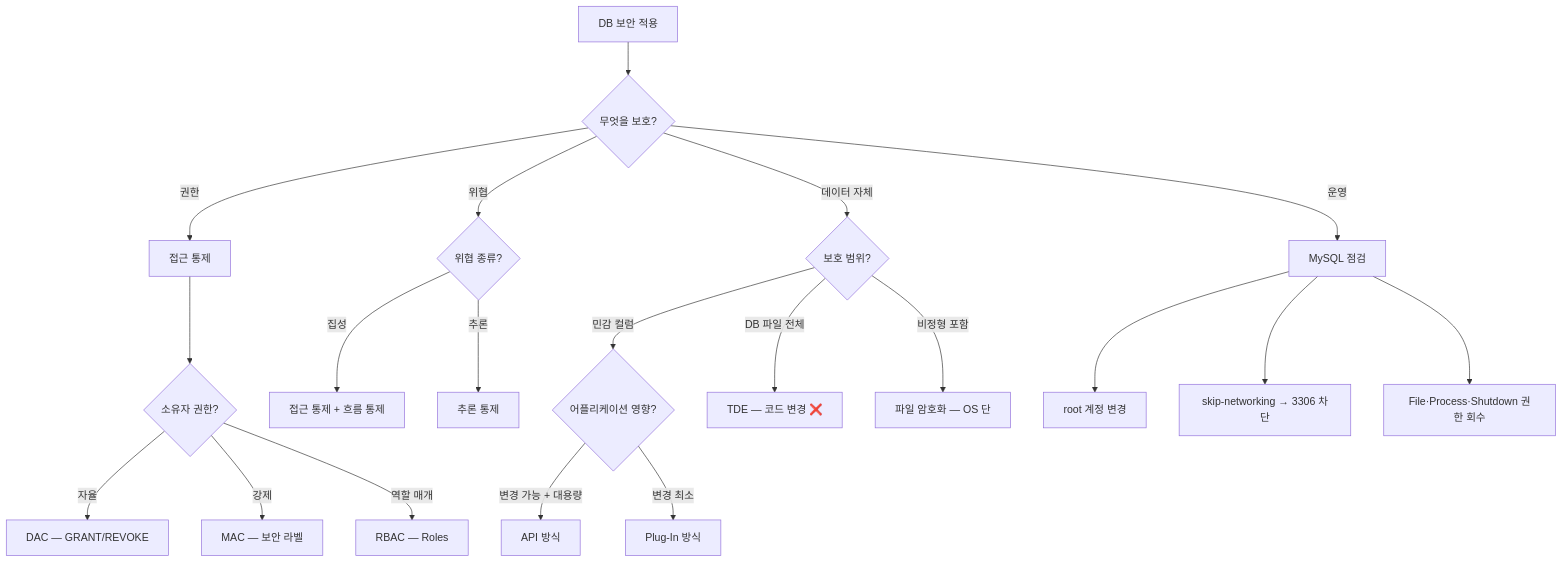
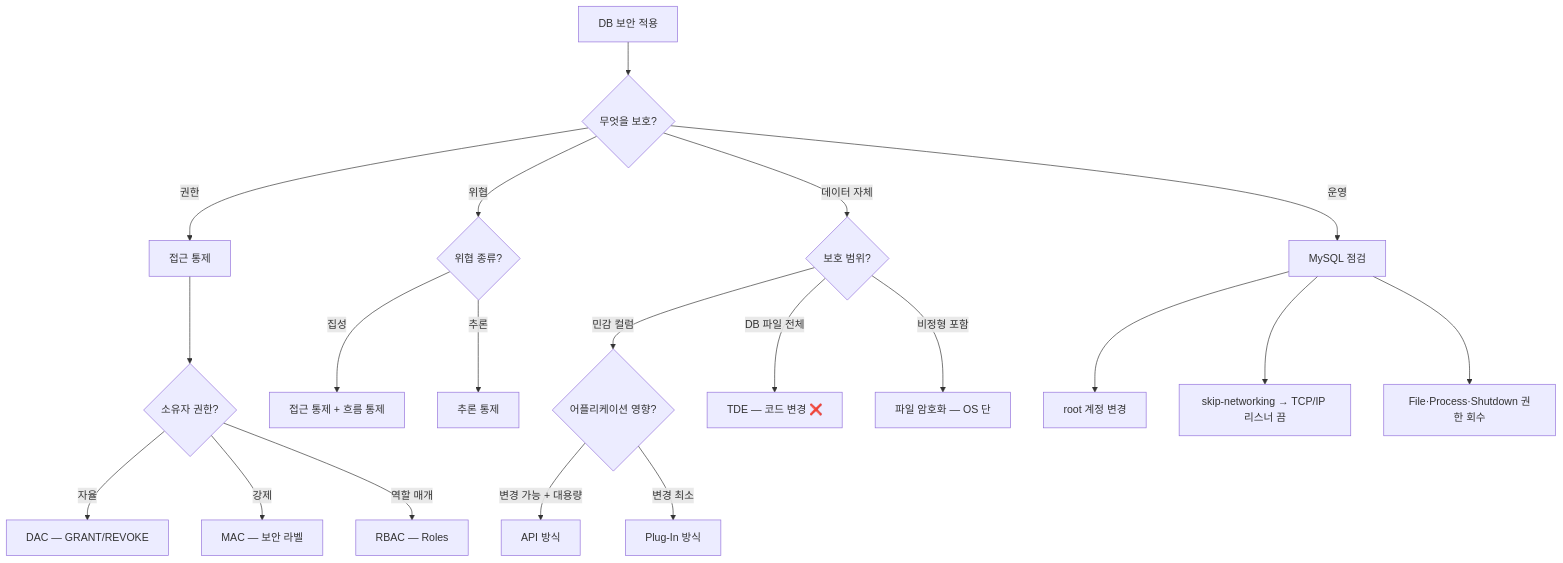
One commit to ianrang/cs-study changed the fifth of 5 diagrams in cs/information-security/study/03.application-security/07.db-security.md. Above: the diagram before and after it, drawn with Mermaid. The commit also changed other lines of this file and 5 other files, not shown here.

````diff
--- a/cs/information-security/study/03.application-security/07.db-security.md
+++ b/cs/information-security/study/03.application-security/07.db-security.md
@@ -603,26 +608,26 @@
 ```mermaid
 graph TD
   Q[DB 보안 적용] --> Q1{무엇을 보호?}
 
   Q1 -- 권한 --> AC[접근 통제]
   AC --> AC1{소유자 권한?}
   AC1 -- 자율 --> DAC[DAC — GRANT/REVOKE]
   AC1 -- 강제 --> MAC[MAC — 보안 라벨]
   AC1 -- 역할 매개 --> RBAC[RBAC — Roles]
 
   Q1 -- 위협 --> THR{위협 종류?}
   THR -- 집성 --> CT12[접근 통제 + 흐름 통제]
   THR -- 추론 --> CT2[추론 통제]
 
   Q1 -- 데이터 자체 --> ENC{보호 범위?}
   ENC -- 민감 컬럼 --> COL{어플리케이션 영향?}
   COL -- 변경 가능 + 대용량 --> API[API 방식]
   COL -- 변경 최소 --> PLUG[Plug-In 방식]
   ENC -- DB 파일 전체 --> TDE[TDE — 코드 변경 ❌]
   ENC -- 비정형 포함 --> FILE[파일 암호화 — OS 단]
 
   Q1 -- 운영 --> OPS[MySQL 점검]
   OPS --> OPS1[root 계정 변경]
-  OPS --> OPS2[skip-networking → 3306 차단]
+  OPS --> OPS2[skip-networking → TCP/IP 리스너 끔]
   OPS --> OPS3[File·Process·Shutdown 권한 회수]
 ```
````
